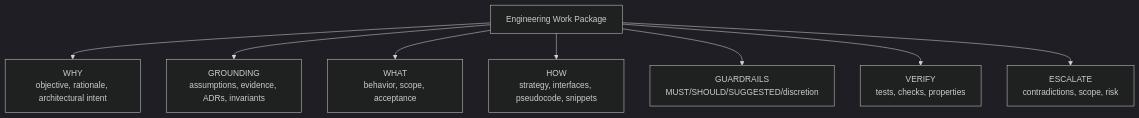
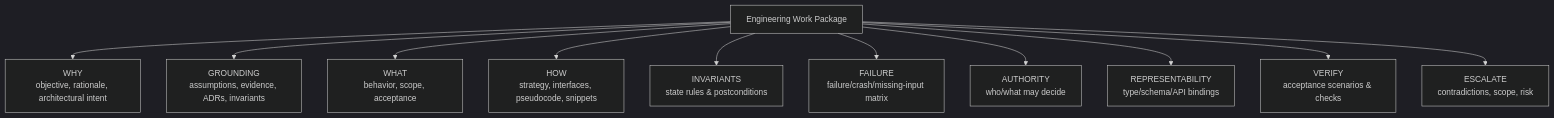
The fourth of 8 diagrams in docs/PROTOCOLS.md (olostan/DevCadence), drawn with Mermaid (dark theme) before and after one commit. The commit also changed other lines of this file and 12 other files, not shown here.

````diff
--- a/docs/PROTOCOLS.md
+++ b/docs/PROTOCOLS.md
@@ -339,12 +339,15 @@
 ```mermaid
 flowchart TB
     EWP["Engineering Work Package"]
 
     EWP --> Why["WHY<br/>objective, rationale, architectural intent"]
     EWP --> Ground["GROUNDING<br/>assumptions, evidence, ADRs, invariants"]
     EWP --> What["WHAT<br/>behavior, scope, acceptance"]
     EWP --> How["HOW<br/>strategy, interfaces, pseudocode, snippets"]
-    EWP --> Guard["GUARDRAILS<br/>MUST/SHOULD/SUGGESTED/discretion"]
-    EWP --> Verify["VERIFY<br/>tests, checks, properties"]
+    EWP --> Invariants["INVARIANTS<br/>state rules & postconditions"]
+    EWP --> Failure["FAILURE<br/>failure/crash/missing-input matrix"]
+    EWP --> Authority["AUTHORITY<br/>who/what may decide"]
+    EWP --> Repr["REPRESENTABILITY<br/>type/schema/API bindings"]
+    EWP --> Verify["VERIFY<br/>acceptance scenarios & checks"]
     EWP --> Esc["ESCALATE<br/>contradictions, scope, risk"]
 ```
````
